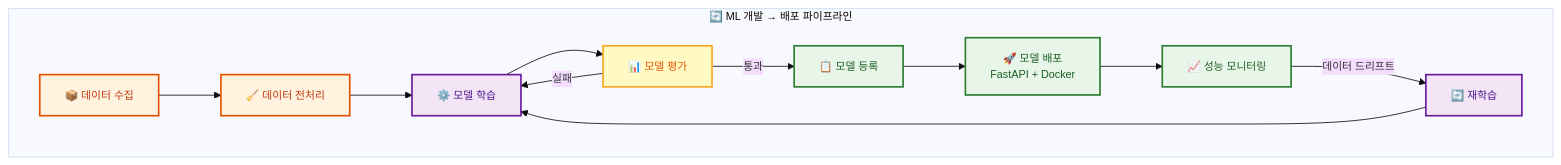
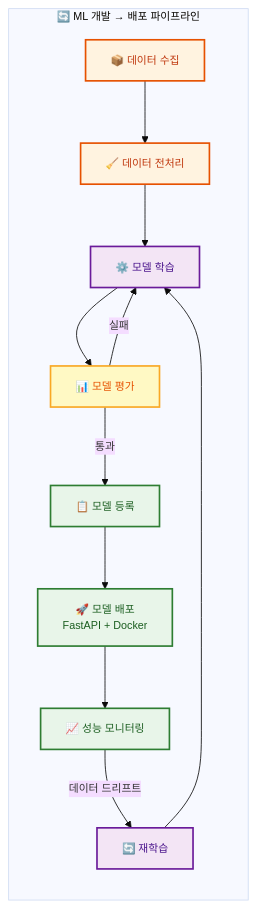
One commit to jingu279/Document changed diagram 14 of 18 in ai-programming/README.md. Above: the diagram before and after it, drawn with Mermaid. The commit also changed other lines of this file, not shown here.

First line of the commit message:
Fix all 18 README Mermaid figures: remove redundant direction, edges inside subgraphs

````diff
--- a/ai-programming/README.md
+++ b/ai-programming/README.md
@@ -564,29 +557,28 @@
 ```mermaid
 %%{init: {'theme': 'base', 'themeVariables': {'fontSize': '13px'}}}%%
 flowchart LR
   subgraph MLOps[🔄 ML 개발 → 배포 파이프라인]
-    direction LR
     Data["📦 데이터 수집"]
     Prep["🧹 데이터 전처리"]
     Train2["⚙️ 모델 학습"]
     Eval2["📊 모델 평가"]
     Register["📋 모델 등록"]
     Deploy["🚀 모델 배포<br/>FastAPI + Docker"]
     Monitor["📈 성능 모니터링"]
     Retrain["🔄 재학습"]
-  end
-
   Data --> Prep --> Train2 --> Eval2
   Eval2 -->|통과| Register --> Deploy --> Monitor
   Eval2 -->|실패| Train2
   Monitor -->|데이터 드리프트| Retrain --> Train2
+  end
+
 
   classDef data fill:#fff3e0,stroke:#e65100,stroke-width:2px,color:#bf360c
   classDef train fill:#f3e5f5,stroke:#6a1b9a,stroke-width:2px,color:#4a148c
   classDef eval fill:#fff9c4,stroke:#f9a825,stroke-width:2px,color:#e65100
   classDef deploy fill:#e8f5e9,stroke:#2e7d32,stroke-width:2px,color:#1b5e20
   class Data,Prep data
   class Train2,Retrain train
   class Eval2 eval
   class Register,Deploy,Monitor deploy
 ```
````
